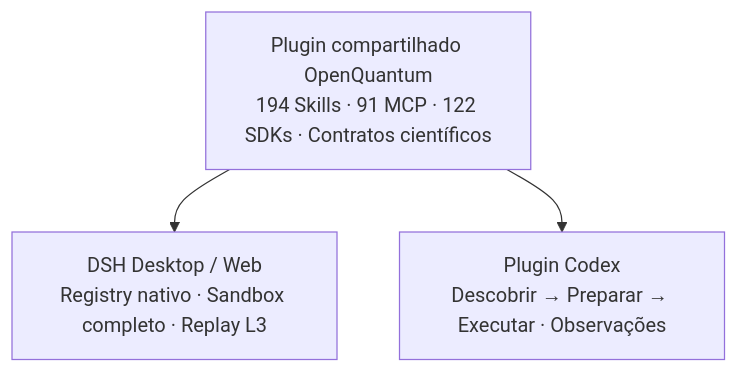
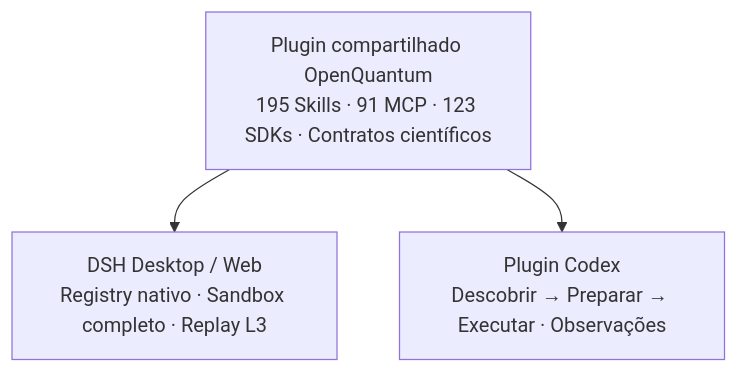
One commit to xi-zhao/OpenQuantum changed the diagram in docs/readme/README.pt.md. Above: the diagram before and after it, drawn with Mermaid. The commit also changed other lines of this file and 23 other files, not shown here.

````diff
--- a/docs/readme/README.pt.md
+++ b/docs/readme/README.pt.md
@@ -201,6 +202,6 @@
 ```mermaid
 flowchart TB
-  Shared["Plugin compartilhado OpenQuantum<br/>194 Skills · 91 MCP · 122 SDKs · Contratos científicos"]
+  Shared["Plugin compartilhado OpenQuantum<br/>195 Skills · 91 MCP · 123 SDKs · Contratos científicos"]
   Shared --> DSH["DSH Desktop / Web<br/>Registry nativo · Sandbox completo · Replay L3"]
   Shared --> CDX["Plugin Codex<br/>Descobrir → Preparar → Executar · Observações"]
 ```
````
